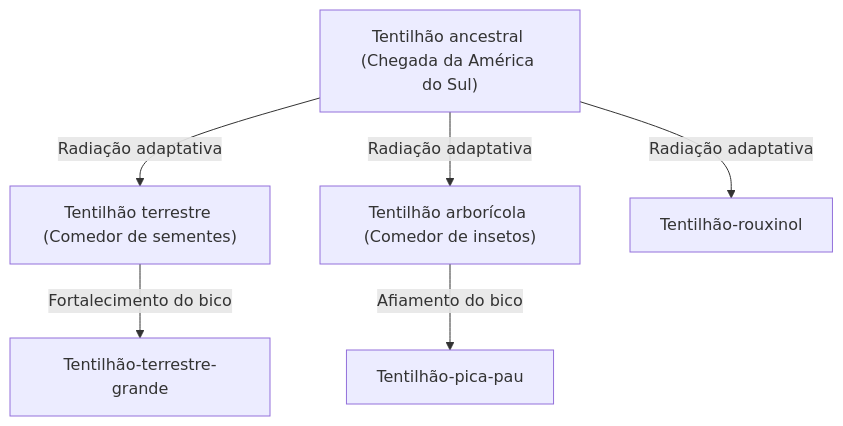
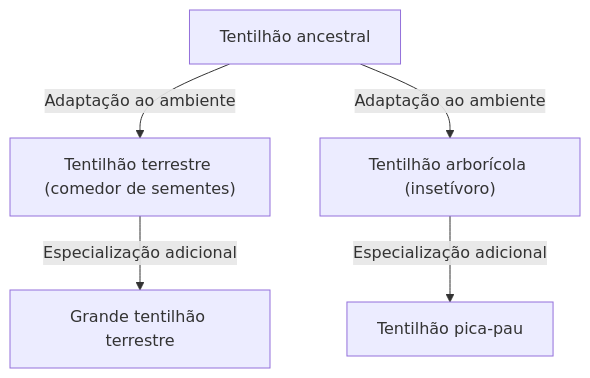
Before and after one commit to kenjinote/blog: the diagram in content/post/darwins-theory-of-evolution/index.pt.md, drawn with Mermaid. The commit also changed other lines of this file and 129 other files, not shown here.

````diff
--- a/content/post/darwins-theory-of-evolution/index.pt.md
+++ b/content/post/darwins-theory-of-evolution/index.pt.md
@@ -25,9 +27,7 @@
 ```mermaid
 graph TD
-    A["Tentilhão ancestral (Chegada da América do Sul)"]
-    A -- "Radiação adaptativa" --> B["Tentilhão terrestre (Comedor de sementes)"]
-    A -- "Radiação adaptativa" --> C["Tentilhão arborícola (Comedor de insetos)"]
-    A -- "Radiação adaptativa" --> D["Tentilhão-rouxinol"]
-    B -- "Fortalecimento do bico" --> B1["Tentilhão-terrestre-grande"]
-    C -- "Afiamento do bico" --> C1["Tentilhão-pica-pau"]
+    A["Tentilhão ancestral"] -- "Adaptação ao ambiente" --> B["Tentilhão terrestre (comedor de sementes)"]
+    A["Tentilhão ancestral"] -- "Adaptação ao ambiente" --> C["Tentilhão arborícola (insetívoro)"]
+    B["Tentilhão terrestre (comedor de sementes)"] -- "Especialização adicional" --> D["Grande tentilhão terrestre"]
+    C["Tentilhão arborícola (insetívoro)"] -- "Especialização adicional" --> E["Tentilhão pica-pau"]
 ```
````
